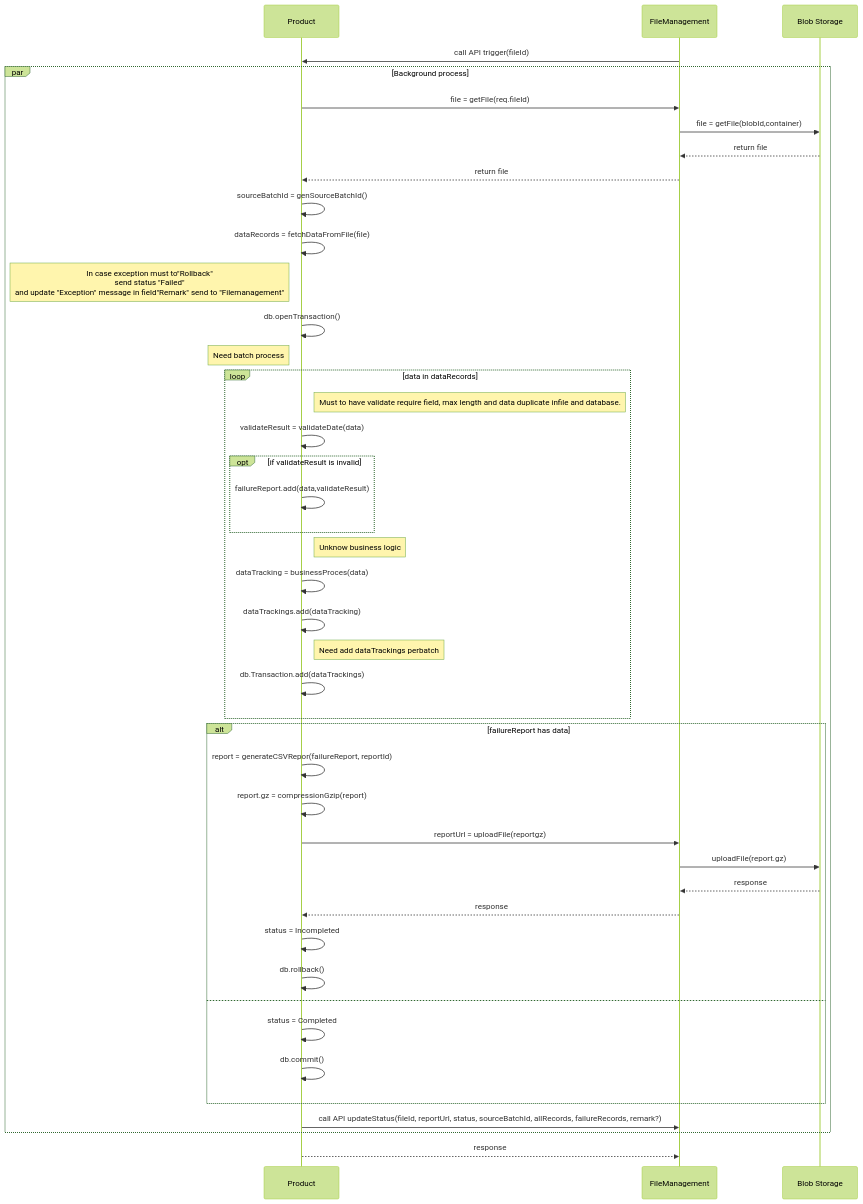
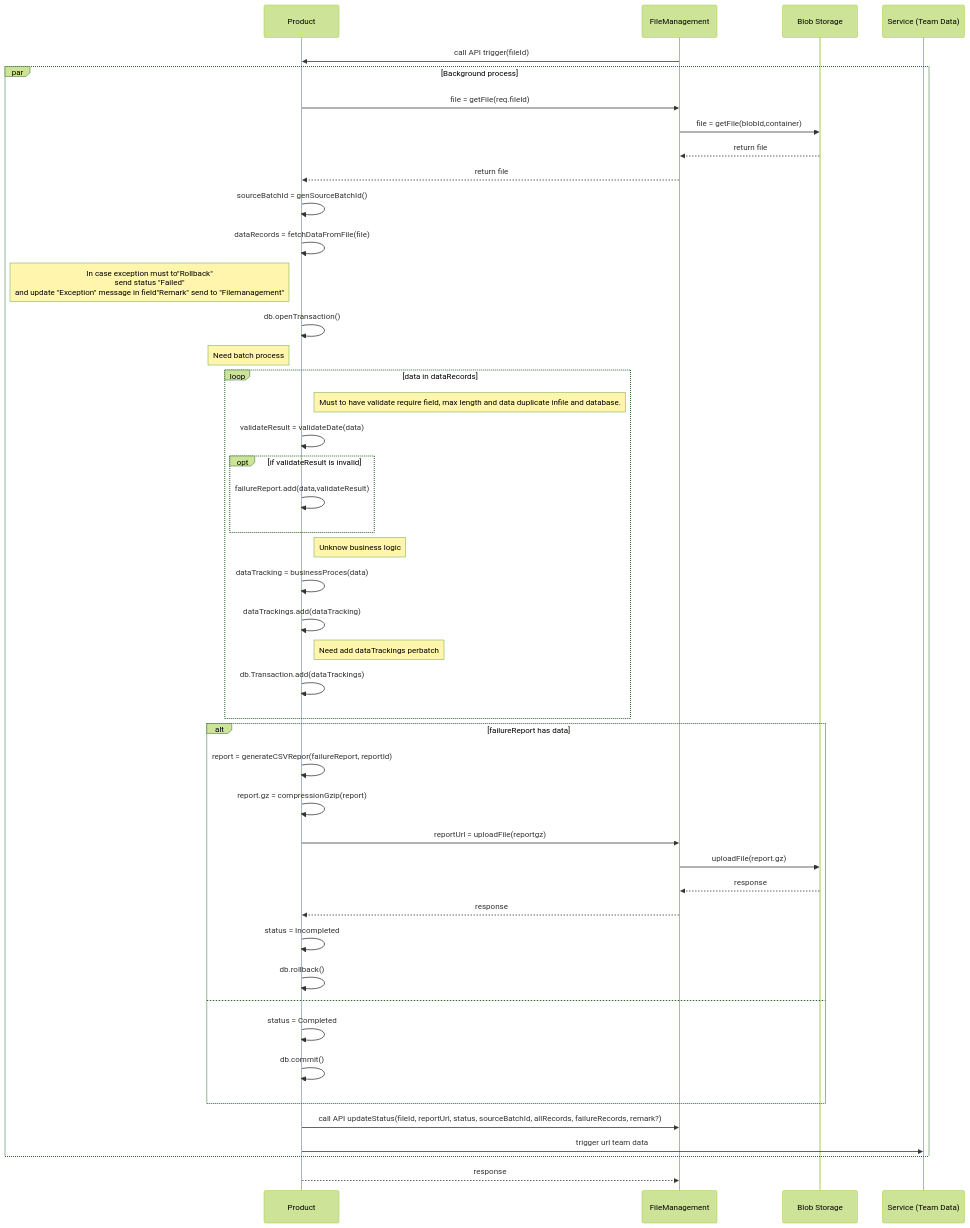
One commit to rosered11/org_document changed the diagram in SPC/CRL/Sequence/sequence-process.md. Above: the diagram before and after it, drawn with Mermaid (forest theme). The commit also changed 3 other files, not shown here.

Commit message:
update diagram

````diff
--- a/SPC/CRL/Sequence/sequence-process.md
+++ b/SPC/CRL/Sequence/sequence-process.md
@@ -1,45 +1,47 @@
 ```mermaid
 sequenceDiagram
     participant Product
     participant FileManagement
     participant Blob Storage
+    participant Service (Team Data)
     FileManagement->>Product: call API trigger(fileId)
     par Background process
         Product->>FileManagement: file = getFile(req.fileId)
         FileManagement->>Blob Storage: file = getFile(blobId,container)
         Blob Storage-->>FileManagement: return file
         FileManagement-->>Product: return file
         Product->>Product: sourceBatchId = genSourceBatchId()
         Product->>Product: dataRecords = fetchDataFromFile(file)
         Note left of Product: In case exception must to"Rollback"<br/> send status "Failed" <br/> and update "Exception" message in field"Remark" send to "Filemanagement"
         Product->>Product: db.openTransaction()
         Note left of Product: Need batch process
         loop data in dataRecords
             Note right of Product: Must to have validate require field, max length and data duplicate infile and database.
             Product->>Product: validateResult = validateDate(data)
             opt if validateResult is invalid
                 Product->>Product: failureReport.add(data,validateResult)
             end
             Note right of Product: Unknow business logic
             Product->>Product: dataTracking = businessProces(data)
             Product->>Product: dataTrackings.add(dataTracking)
             Note right of Product: Need add dataTrackings perbatch
             Product->>Product: db.Transaction.add(dataTrackings)
         end
         alt failureReport has data
             Product->>Product: report = generateCSVRepor(failureReport, reportId)
             Product->>Product: report.gz = compressionGzip(report)
             Product->>FileManagement: reportUrl = uploadFile(reportgz)
             FileManagement->>Blob Storage: uploadFile(report.gz)
             Blob Storage-->>FileManagement: response
             FileManagement-->>Product: response
             Product->>Product: status = Incompleted
             Product->>Product: db.rollback()
         else
             Product->>Product: status = Completed
             Product->>Product: db.commit()
         end
         Product->>FileManagement: call API updateStatus(fileId, reportUrl, status, sourceBatchId, allRecords, failureRecords, remark?)
+        Product->>Service (Team Data): trigger url team data
     end
     Product-->>FileManagement: response
 ```
````
